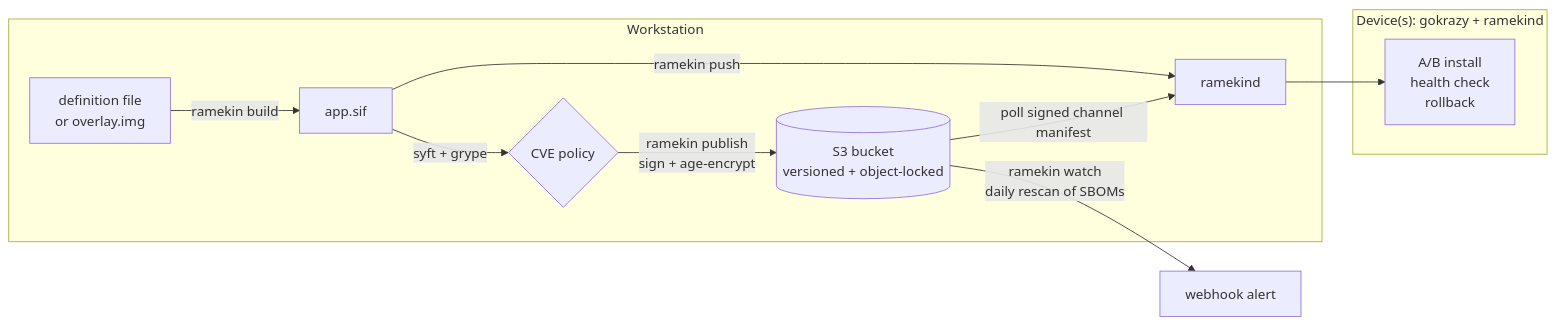
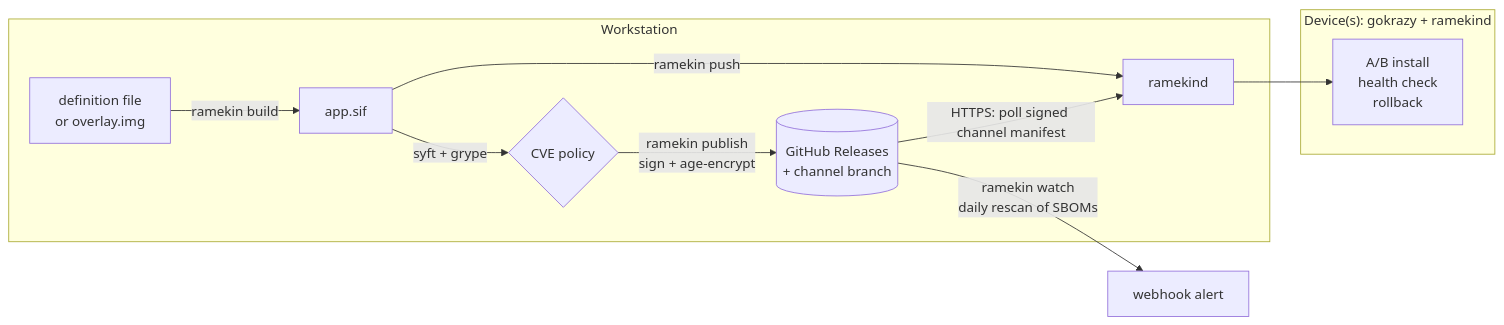
Before and after one commit to ascension-association/ramekin: the diagram in README.md, drawn with Mermaid. The commit also changed other lines of this file and 23 other files, not shown here.

````diff
--- a/README.md
+++ b/README.md
@@ -288,15 +365,15 @@
 ```mermaid
 flowchart LR
   subgraph Workstation
     A[definition file<br/>or overlay.img] -->|ramekin build| B[app.sif]
     B -->|syft + grype| C{CVE policy}
     B -->|ramekin push| D
-    C -->|ramekin publish<br/>sign + age-encrypt| S3
+    C -->|ramekin publish<br/>sign + age-encrypt| GH
   end
-  S3[(S3 bucket<br/>versioned + object-locked)]
+  GH[(GitHub Releases<br/>+ channel branch)]
   subgraph Fleet["Device(s): gokrazy + ramekind"]
     D[ramekind] --> E[A/B install<br/>health check<br/>rollback]
   end
-  S3 -->|poll signed channel manifest| D
-  S3 -->|ramekin watch<br/>daily rescan of SBOMs| W[webhook alert]
+  GH -->|HTTPS: poll signed channel manifest| D
+  GH -->|ramekin watch<br/>daily rescan of SBOMs| W[webhook alert]
 ```
````
